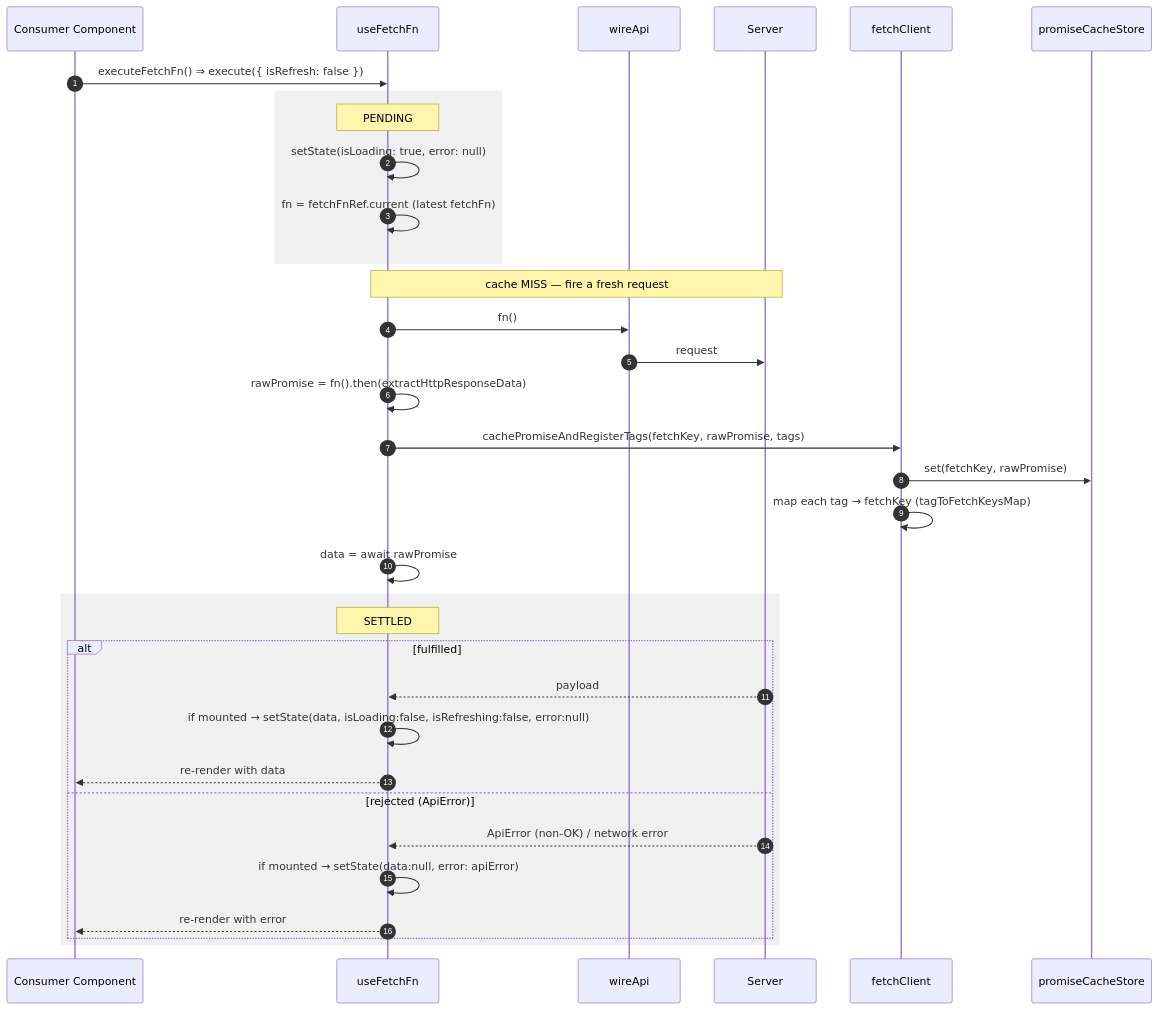
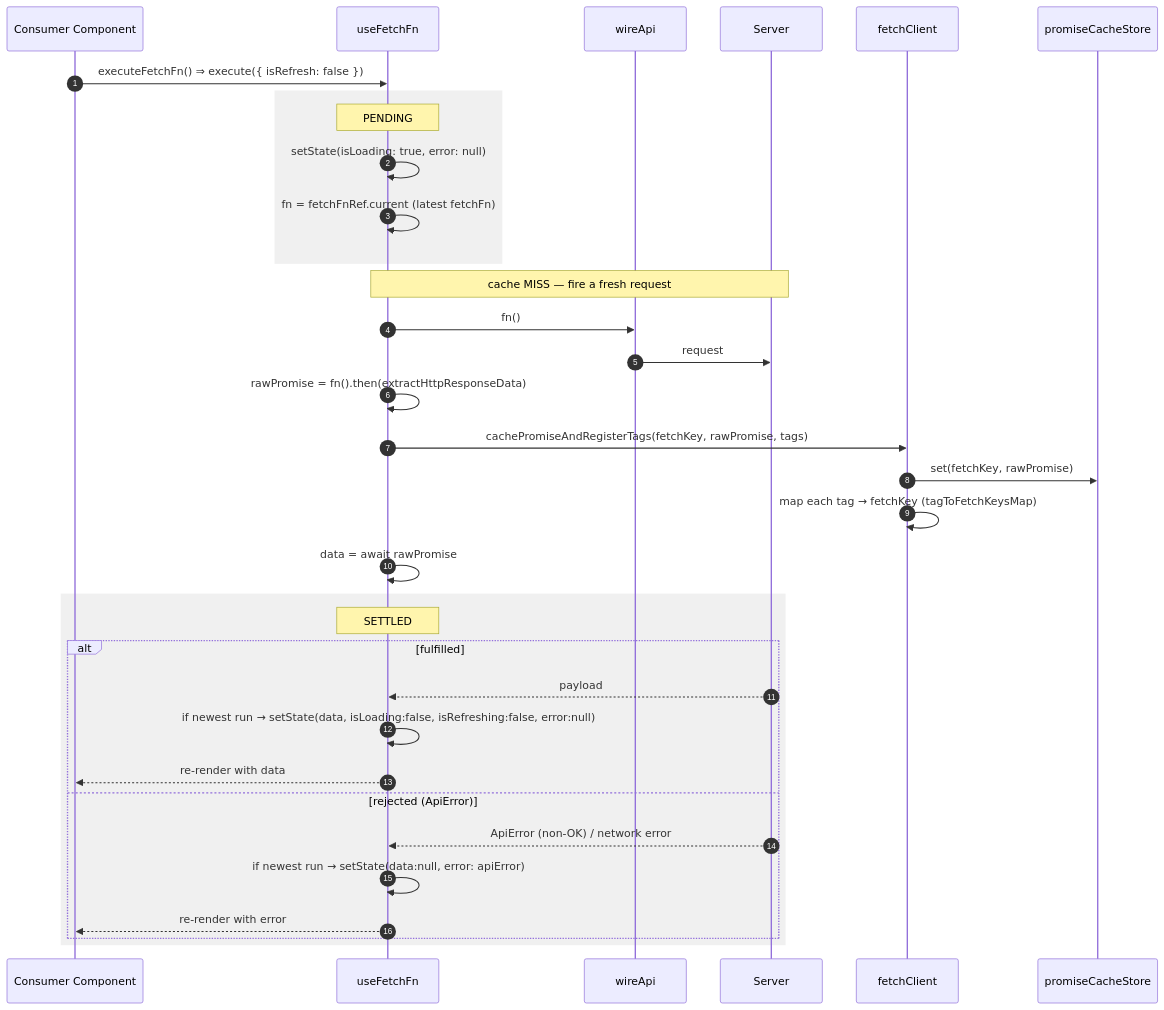
One commit to chuhaiphu/fetchwire changed the third of 4 diagrams in docs/architecture/USE-FETCH-FN-FLOW.md. Above: the diagram before and after it, drawn with Mermaid. The commit also changed other lines of this file and 10 other files, not shown here.

````diff
--- a/docs/architecture/USE-FETCH-FN-FLOW.md
+++ b/docs/architecture/USE-FETCH-FN-FLOW.md
@@ -103,40 +103,40 @@
 ```mermaid
 sequenceDiagram
     autonumber
     participant Cmp as Consumer Component
     participant H as useFetchFn
     participant Wire as wireApi
     participant API as Server
     participant FC as fetchClient
     participant Cache as promiseCacheStore
 
     Cmp->>H: executeFetchFn()  ⇒ execute({ isRefresh: false })
 
     rect rgba(128,128,128,0.12)
         Note over H: PENDING
         H->>H: setState(isLoading: true, error: null)
         H->>H: fn = fetchFnRef.current  (latest fetchFn)
     end
 
     Note over H,API: cache MISS — fire a fresh request
     H->>Wire: fn()
     Wire->>API: request
     H->>H: rawPromise = fn().then(extractHttpResponseData)
     H->>FC: cachePromiseAndRegisterTags(fetchKey, rawPromise, tags)
     FC->>Cache: set(fetchKey, rawPromise)
     FC->>FC: map each tag → fetchKey (tagToFetchKeysMap)
     H->>H: data = await rawPromise
 
     rect rgba(128,128,128,0.12)
         Note over H: SETTLED
         alt fulfilled
             API-->>H: payload
-            H->>H: if mounted → setState(data, isLoading:false, isRefreshing:false, error:null)
+            H->>H: if newest run → setState(data, isLoading:false, isRefreshing:false, error:null)
             H-->>Cmp: re-render with data
         else rejected (ApiError)
             API-->>H: ApiError (non-OK) / network error
-            H->>H: if mounted → setState(data:null, error: apiError)
+            H->>H: if newest run → setState(data:null, error: apiError)
             H-->>Cmp: re-render with error
         end
     end
 ```
````
